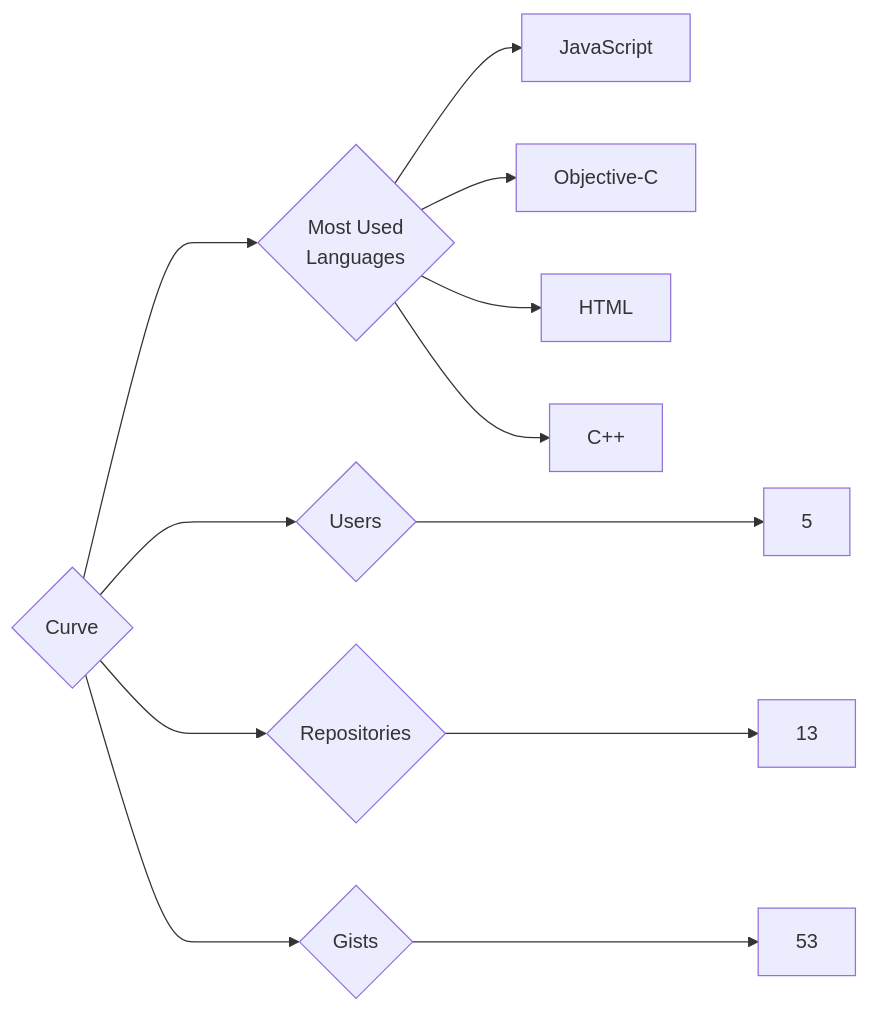
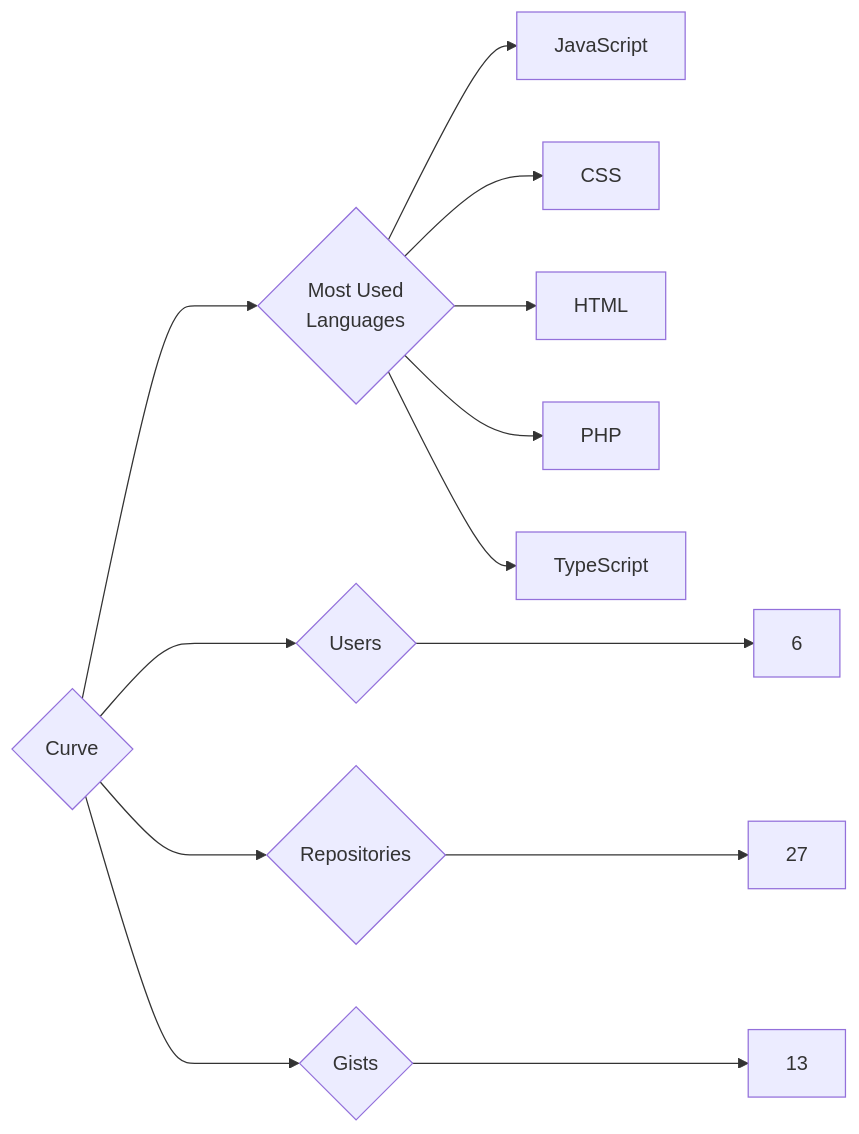
The diagram in targets/Curve/README.md (trickest/insiders), drawn with Mermaid before and after one commit. The commit also changed 1123 other files, not shown here.

````diff
--- a/targets/Curve/README.md
+++ b/targets/Curve/README.md
@@ -3,12 +3,13 @@
 ```mermaid
 graph LR
 COMPANY_NAME{Curve}
-COMPANY_NAME ---> U{Users} ---> UN[5]
-COMPANY_NAME ---> R{Repositories} ---> RN[13]
-COMPANY_NAME ---> G{Gists} ---> GN[53]
+COMPANY_NAME ---> U{Users} ---> UN[6]
+COMPANY_NAME ---> R{Repositories} ---> RN[27]
+COMPANY_NAME ---> G{Gists} ---> GN[13]
 COMPANY_NAME ---> ML{Most Used<br>Languages}
 ML --> JavaScript[JavaScript]
-ML --> Objective-C[Objective-C]
+ML --> CSS[CSS]
 ML --> HTML[HTML]
-ML --> C++[C++]
+ML --> PHP[PHP]
+ML --> TypeScript[TypeScript]
 ```
````
